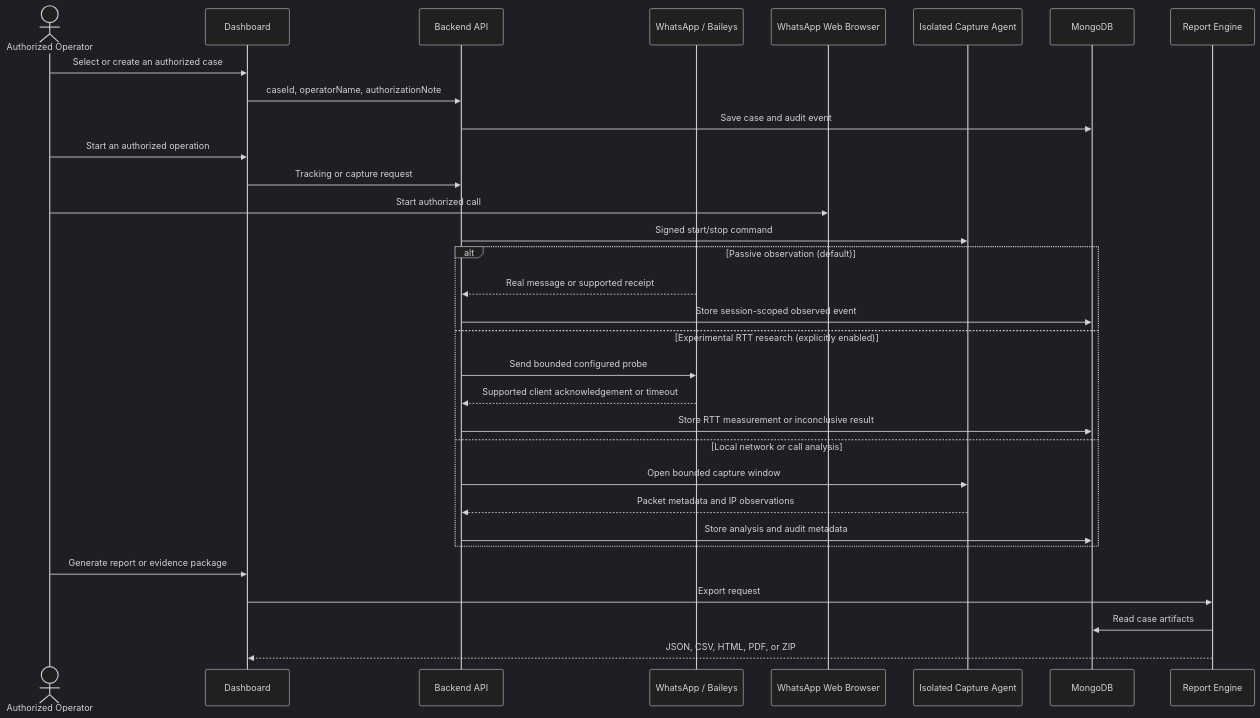
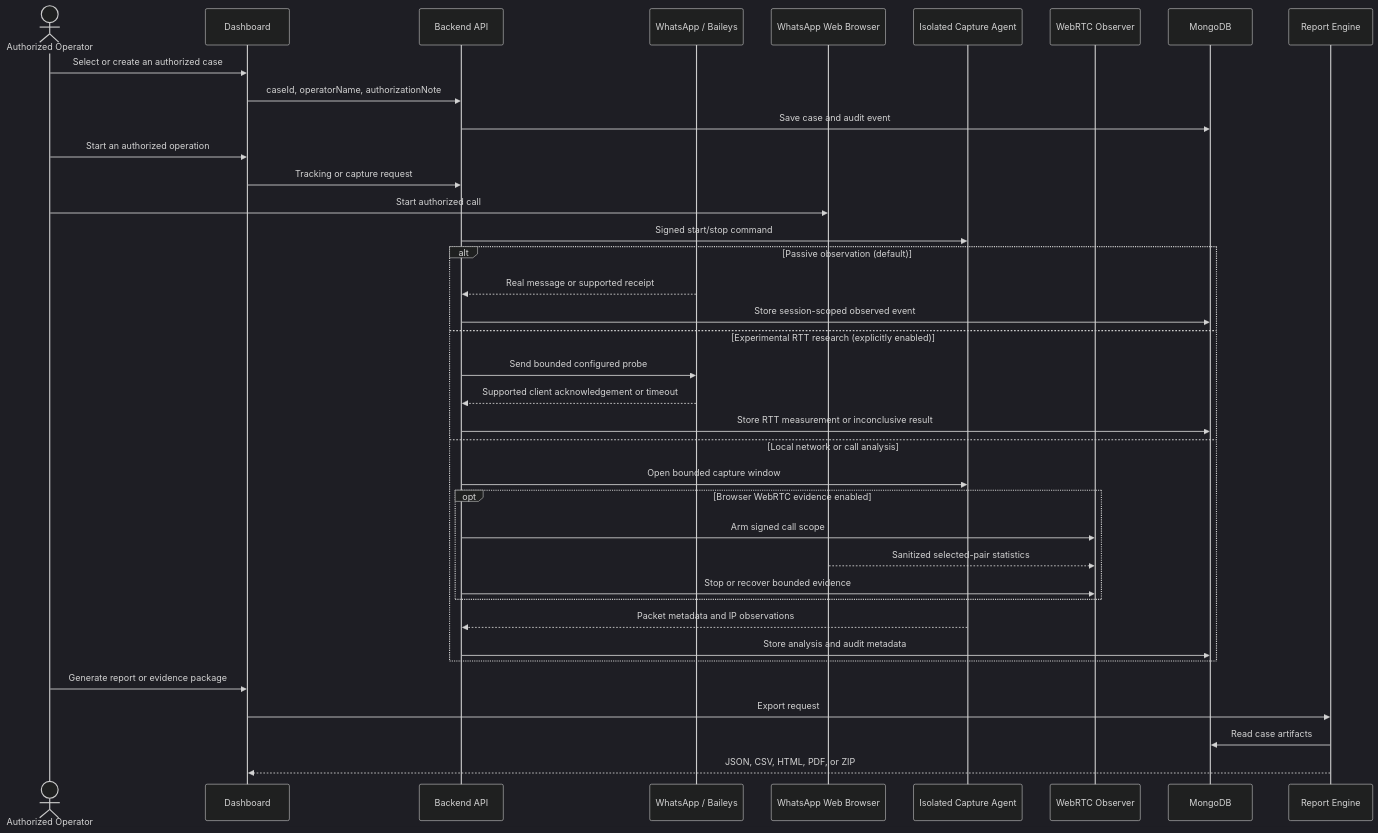
One commit to deco31416/wp-monitor changed the third of 4 diagrams in README.md. Above: the diagram before and after it, drawn with Mermaid (dark theme). The commit also changed other lines of this file and 18 other files, not shown here.

Commit message:
feat: harden WebRTC and TURN call evidence lifecycle

````diff
--- a/README.md
+++ b/README.md
@@ -183,38 +191,44 @@
 ```mermaid
 sequenceDiagram
     actor Operator as Authorized Operator
     participant Dashboard
     participant API as Backend API
     participant WhatsApp as WhatsApp / Baileys
     participant Browser as WhatsApp Web Browser
     participant Capture as Isolated Capture Agent
+    participant Observer as WebRTC Observer
     participant MongoDB
     participant Reports as Report Engine
 
     Operator->>Dashboard: Select or create an authorized case
     Dashboard->>API: caseId, operatorName, authorizationNote
     API->>MongoDB: Save case and audit event
 
     Operator->>Dashboard: Start an authorized operation
     Dashboard->>API: Tracking or capture request
     Operator->>Browser: Start authorized call
     API->>Capture: Signed start/stop command
 
     alt Passive observation (default)
         WhatsApp-->>API: Real message or supported receipt
         API->>MongoDB: Store session-scoped observed event
     else Experimental RTT research (explicitly enabled)
         API->>WhatsApp: Send bounded configured probe
         WhatsApp-->>API: Supported client acknowledgement or timeout
         API->>MongoDB: Store RTT measurement or inconclusive result
     else Local network or call analysis
         API->>Capture: Open bounded capture window
+        opt Browser WebRTC evidence enabled
+            API->>Observer: Arm signed call scope
+            Browser-->>Observer: Sanitized selected-pair statistics
+            API->>Observer: Stop or recover bounded evidence
+        end
         Capture-->>API: Packet metadata and IP observations
         API->>MongoDB: Store analysis and audit metadata
     end
 
     Operator->>Dashboard: Generate report or evidence package
     Dashboard->>Reports: Export request
     Reports->>MongoDB: Read case artifacts
     Reports-->>Dashboard: JSON, CSV, HTML, PDF, or ZIP
 ```
````
